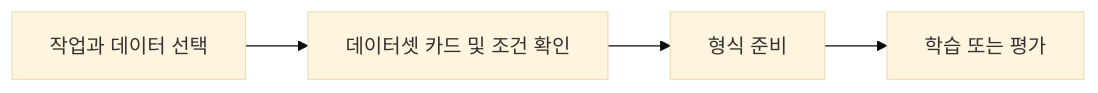
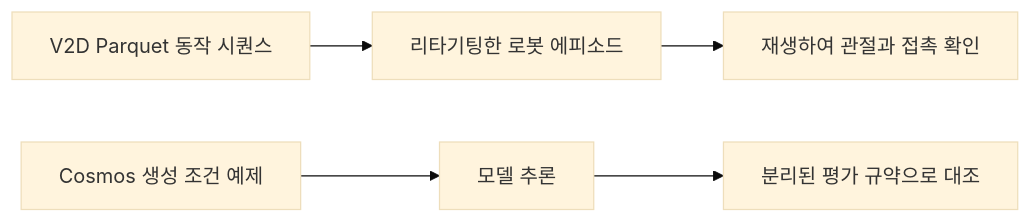
Before and after one commit to james-joobs/awesome-nvidia-physical-ai: the diagram in docs/ko/datasets-v2d-cosmos.md, drawn with Mermaid (base theme). The commit also changed other lines of this file and 187 other files, not shown here.

Commit message:
Expand bilingual guides with official architecture references

````diff
--- a/docs/ko/datasets-v2d-cosmos.md
+++ b/docs/ko/datasets-v2d-cosmos.md
@@ -11,8 +16,7 @@
 ```mermaid
 flowchart LR
-  S0["작업과 데이터 선택"]
-  S1["데이터셋 카드 및 조건 확인"]
-  S2["형식 준비"]
-  S3["학습 또는 평가"]
-  S0 --> S1 --> S2 --> S3
+    M["V2D Parquet 동작 시퀀스"] --> R["리타기팅한 로봇 에피소드"]
+    R --> Q["재생하여 관절과 접촉 확인"]
+    C["Cosmos 생성 조건 예제"] --> G["모델 추론"]
+    G --> E["분리된 평가 규약으로 대조"]
 ```
````
